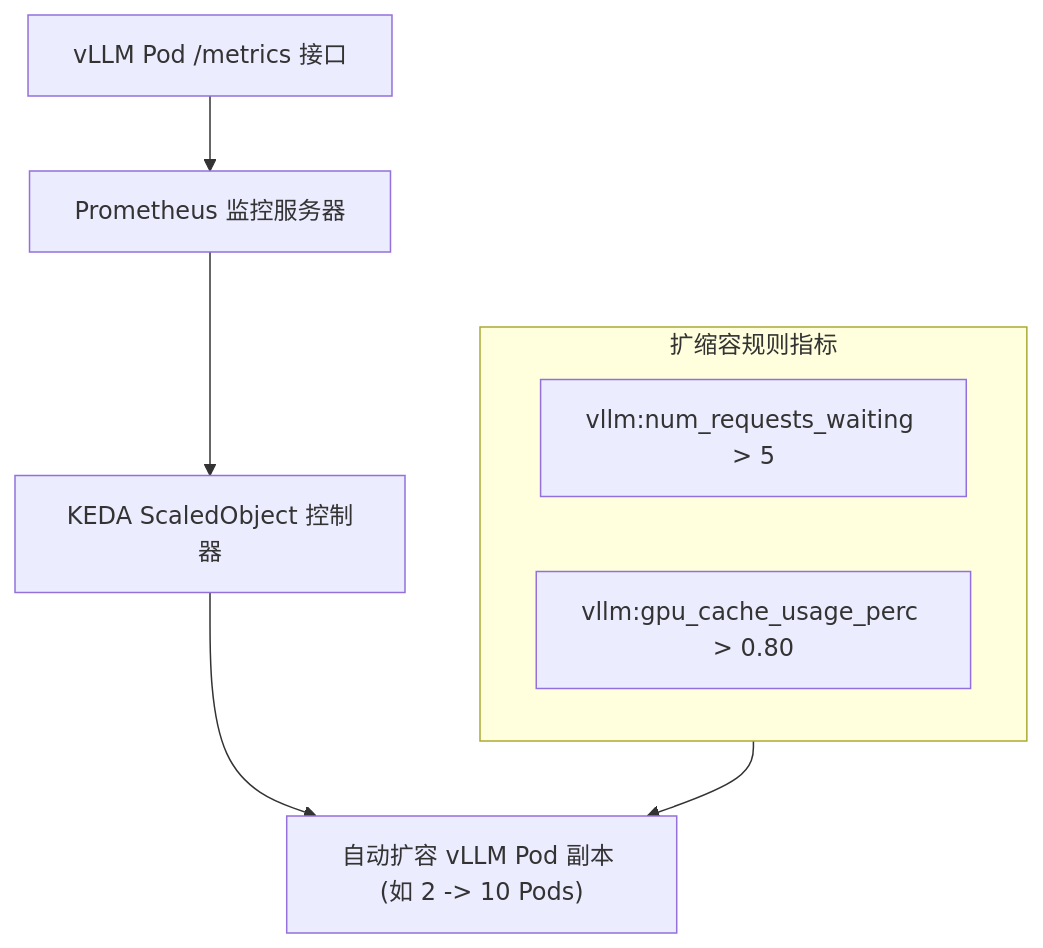
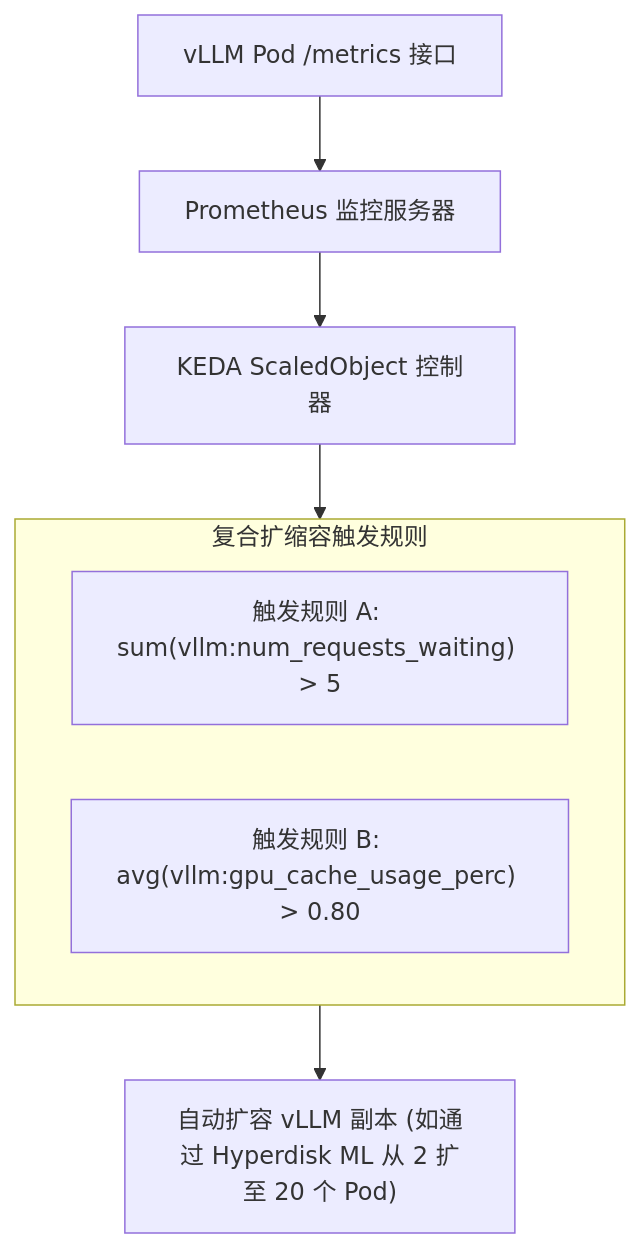
The tenth of 11 diagrams in docs/zh/06_deployment_and_orchestration.md (Marinette101/vllm-learning-notes), drawn with Mermaid before and after one commit. The commit also changed other lines of this file and 5 other files, not shown here.

````diff
--- a/docs/zh/06_deployment_and_orchestration.md
+++ b/docs/zh/06_deployment_and_orchestration.md
@@ -146,13 +420,13 @@
 ```mermaid
 flowchart TD
     VLLM_METRICS["vLLM Pod /metrics 接口"] --> PROM["Prometheus 监控服务器"]
     PROM --> KEDA["KEDA ScaledObject 控制器"]
     
-    subgraph SCALING_RULES ["扩缩容规则指标"]
-        RULE1["vllm:num_requests_waiting > 5"]
-        RULE2["vllm:gpu_cache_usage_perc > 0.80"]
+    subgraph SCALING_RULES ["复合扩缩容触发规则"]
+        RULE1["触发规则 A: sum(vllm:num_requests_waiting) > 5"]
+        RULE2["触发规则 B: avg(vllm:gpu_cache_usage_perc) > 0.80"]
     end
 
-    KEDA --> HPA
-    SCALING_RULES --> HPA["自动扩容 vLLM Pod 副本 (如 2 -> 10 Pods)"]
+    KEDA --> SCALING_RULES
+    SCALING_RULES --> HPA["自动扩容 vLLM 副本 (如通过 Hyperdisk ML 从 2 扩至 20 个 Pod)"]
 ```
````
